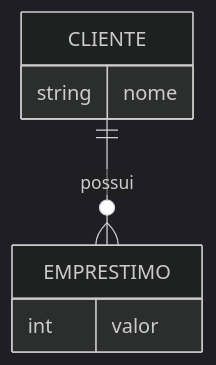
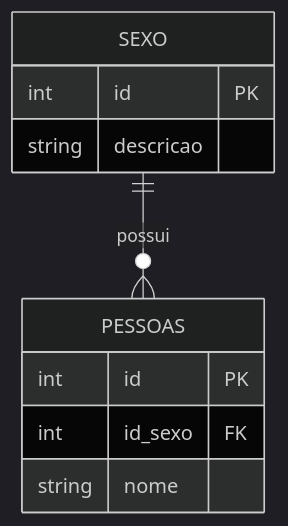
The sixth of 9 diagrams in docs/content/_aulas/banco-de-dados/modelo-de-dados/integridade-referencial-e-cardinalidade.md (myerco/CafeGeek), drawn with Mermaid (dark theme) before and after one commit. The commit also changed other lines of this file and 1 other file, not shown here.

```diff
--- a/docs/content/_aulas/banco-de-dados/modelo-de-dados/integridade-referencial-e-cardinalidade.md
+++ b/docs/content/_aulas/banco-de-dados/modelo-de-dados/integridade-referencial-e-cardinalidade.md
@@ -69,10 +145,13 @@
 <div class="mermaid">
 erDiagram
-    CLIENTE ||--o{ EMPRESTIMO : possui
-    CLIENTE {
+    SEXO ||--o{ PESSOAS : possui
+    SEXO {
+      int id PK 
+      string descricao
+    }
+    PESSOAS {
+      int id PK
+      int id_sexo FK
       string nome
     }
-    EMPRESTIMO {
-      int valor
-    }
 </div>
```
